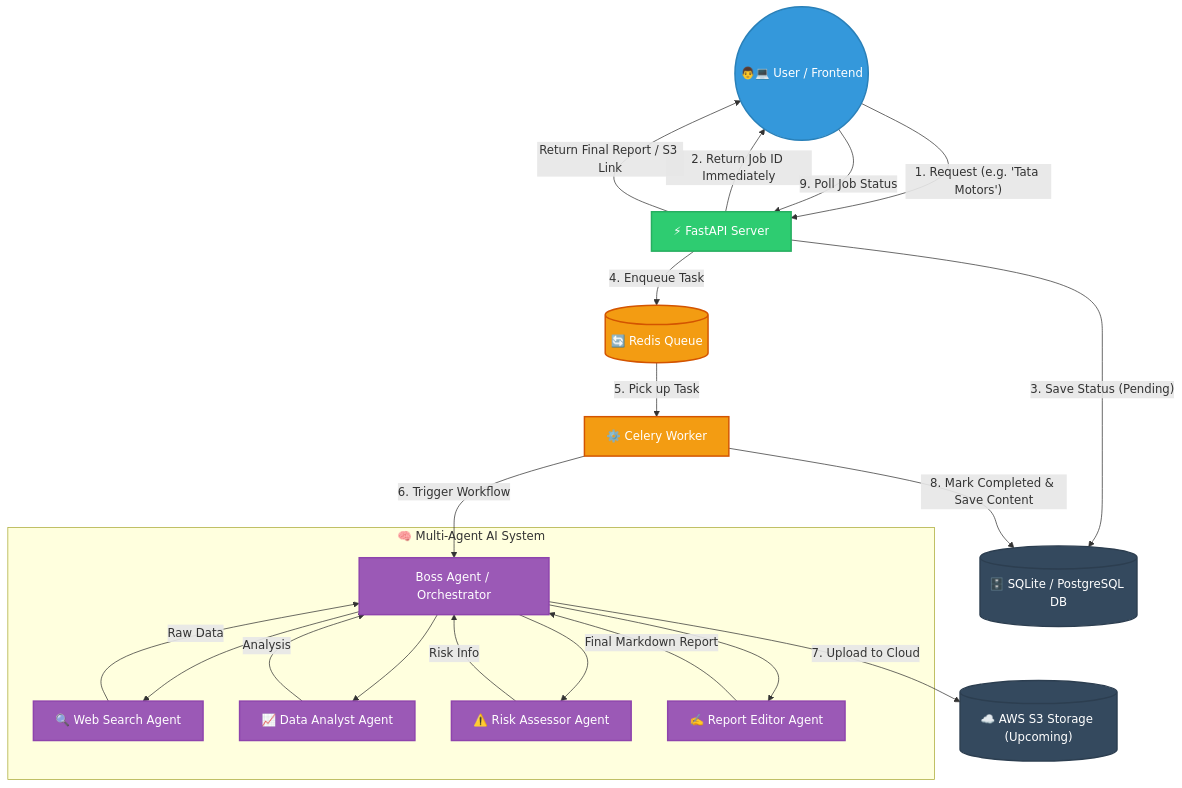
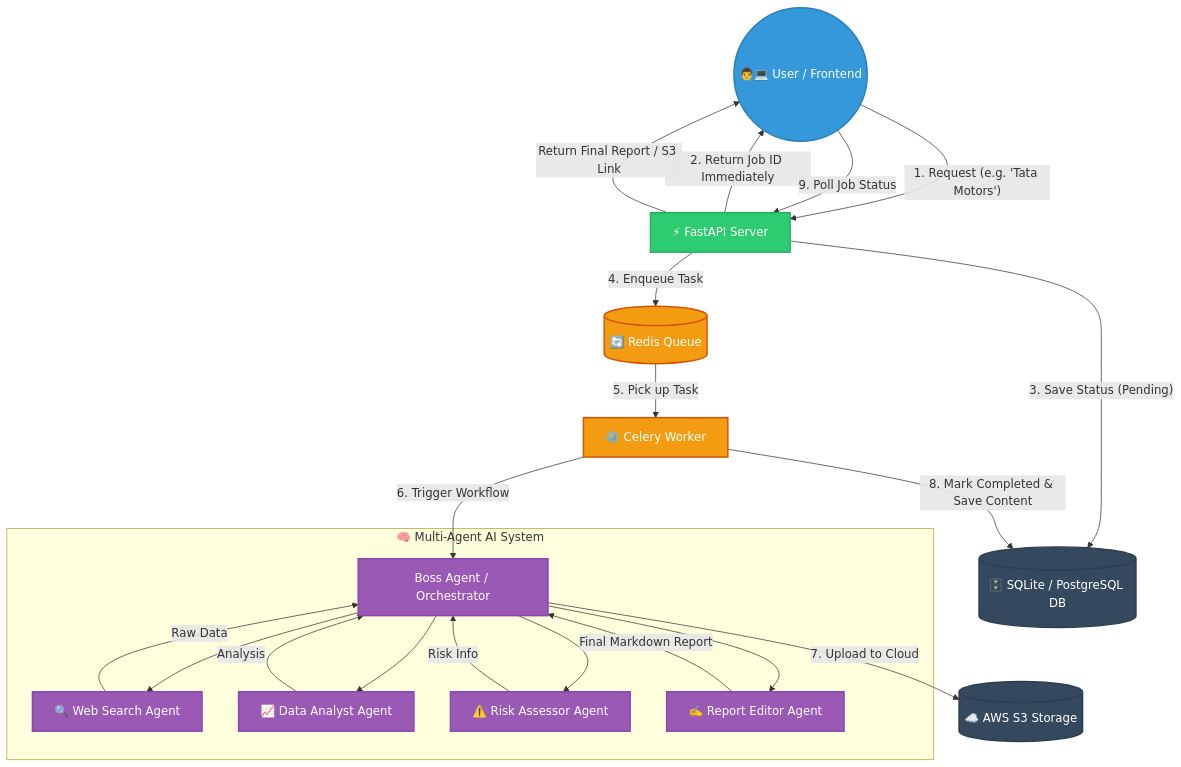
One commit to ramashishmaurya/Financial_research_system- changed the diagram in README.md. Above: the diagram before and after it, drawn with Mermaid. The commit also changed 6 other files, not shown here.

````diff
--- a/README.md
+++ b/README.md
@@ -9,57 +9,57 @@
 ```mermaid
 graph TD
     %% Colors and Styles
     classDef user fill:#3498db,stroke:#2980b9,stroke-width:2px,color:white;
     classDef api fill:#2ecc71,stroke:#27ae60,stroke-width:2px,color:white;
     classDef queue fill:#f39c12,stroke:#d35400,stroke-width:2px,color:white;
     classDef agent fill:#9b59b6,stroke:#8e44ad,stroke-width:2px,color:white;
     classDef db fill:#34495e,stroke:#2c3e50,stroke-width:2px,color:white;
 
     %% Nodes
     User(("👨💻 User / Frontend")):::user
     FastAPI["⚡ FastAPI Server"]:::api
     Redis[("🔄 Redis Queue")]:::queue
     Celery["⚙️ Celery Worker"]:::queue
     
     subgraph MultiAgentSystem ["🧠 Multi-Agent AI System"]
         Orchestrator["Boss Agent / Orchestrator"]:::agent
         SearchAgent["🔍 Web Search Agent"]:::agent
         AnalystAgent["📈 Data Analyst Agent"]:::agent
         RiskAgent["⚠️ Risk Assessor Agent"]:::agent
         EditorAgent["✍️ Report Editor Agent"]:::agent
     end
     
     DB[("🗄️ SQLite / PostgreSQL DB")]:::db
-    S3[("☁️ AWS S3 Storage (Upcoming)")]:::db
+    S3[("☁️ AWS S3 Storage ")]:::db
 
     %% User Interaction
     User -- "1. Request (e.g. 'Tata Motors')" --> FastAPI
     FastAPI -- "2. Return Job ID Immediately" --> User
     
     %% Backend Flow
     FastAPI -- "3. Save Status (Pending)" --> DB
     FastAPI -- "4. Enqueue Task" --> Redis
     Redis -- "5. Pick up Task" --> Celery
     
     %% AI Flow
     Celery -- "6. Trigger Workflow" --> Orchestrator
     
     Orchestrator --> SearchAgent
     SearchAgent -- "Raw Data" --> Orchestrator
     
     Orchestrator --> AnalystAgent
     AnalystAgent -- "Analysis" --> Orchestrator
     
     Orchestrator --> RiskAgent
     RiskAgent -- "Risk Info" --> Orchestrator
     
     Orchestrator --> EditorAgent
     EditorAgent -- "Final Markdown Report" --> Orchestrator
     
     %% Save & Delivery
     Orchestrator -- "7. Upload to Cloud" --> S3
     Celery -- "8. Mark Completed & Save Content" --> DB
     
     User -- "9. Poll Job Status" --> FastAPI
     FastAPI -- "Return Final Report / S3 Link" --> User
 ```
````
